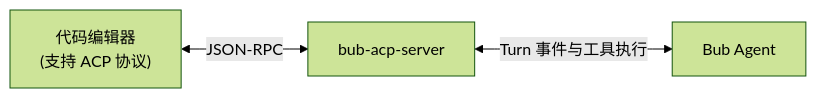
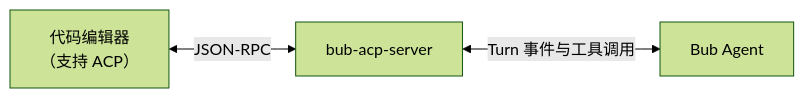
Before and after one commit to bubbuild/bub: the diagram in website/src/content/docs/zh-cn/docs/integrations/acp.mdx, drawn with Mermaid (forest theme). The commit also changed other lines of this file and 74 other files, not shown here.

````diff
--- a/website/src/content/docs/zh-cn/docs/integrations/acp.mdx
+++ b/website/src/content/docs/zh-cn/docs/integrations/acp.mdx
@@ -12,9 +12,9 @@
 ```mermaid
 flowchart LR
-    IDE["代码编辑器\n (支持 ACP 协议)"]
+    IDE["代码编辑器\n（支持 ACP）"]
     Server["bub-acp-server"]
     Bub["Bub Agent"]
 
     IDE <-->|"JSON-RPC"| Server
-    Server <-->|"Turn 事件与工具执行"| Bub
+    Server <-->|"Turn 事件与工具调用"| Bub
 ```
````
